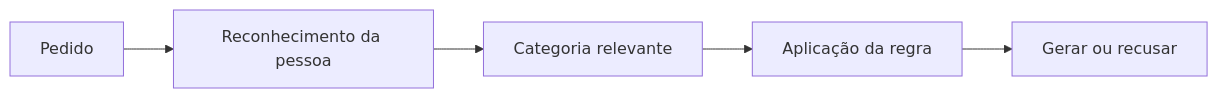
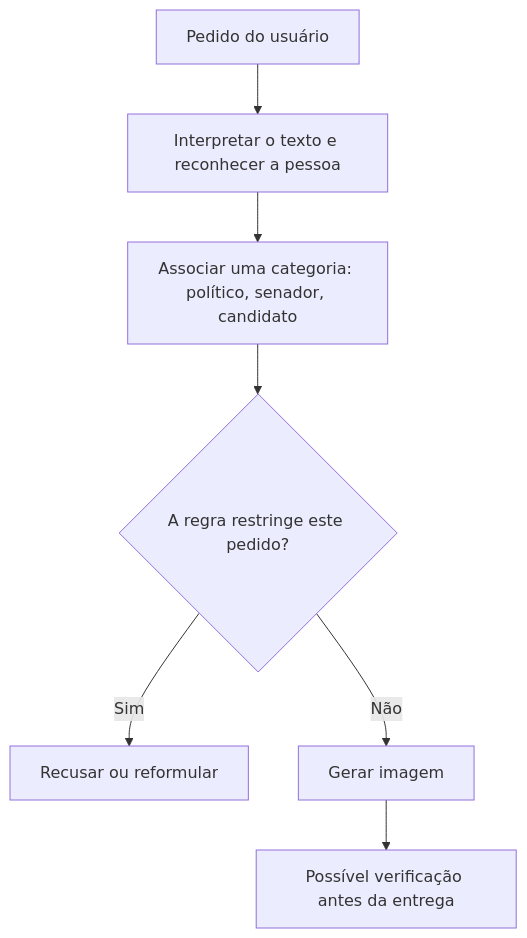
The diagram in README.md (PedroDnT/muse-political-entity-test), drawn with Mermaid before and after one commit. The commit also changed other lines of this file and 15 other files, not shown here.

Commit message:
Consolidate the study into one narrative and label chart with actual input names

````diff
--- a/README.md
+++ b/README.md
@@ -26,7 +17,9 @@
 ```mermaid
-flowchart LR
-    A[Pedido] --> B[Reconhecimento da pessoa]
-    B --> C[Categoria relevante]
-    C --> D[Aplicação da regra]
-    D --> E[Gerar ou recusar]
+flowchart TD
+    A[Pedido do usuário] --> B[Interpretar o texto e reconhecer a pessoa]
+    B --> C[Associar uma categoria: político, senador, candidato]
+    C --> D{A regra restringe este pedido?}
+    D -->|Sim| E[Recusar ou reformular]
+    D -->|Não| F[Gerar imagem]
+    F --> G[Possível verificação antes da entrega]
 ```
````
